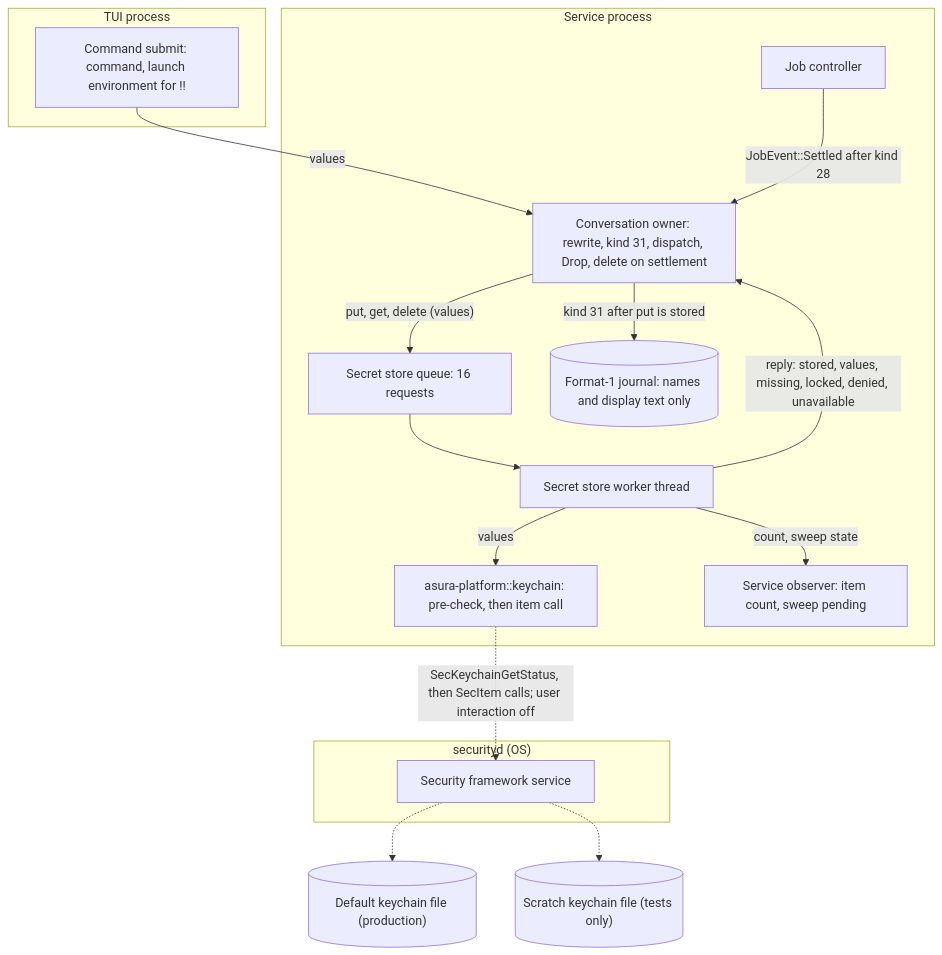
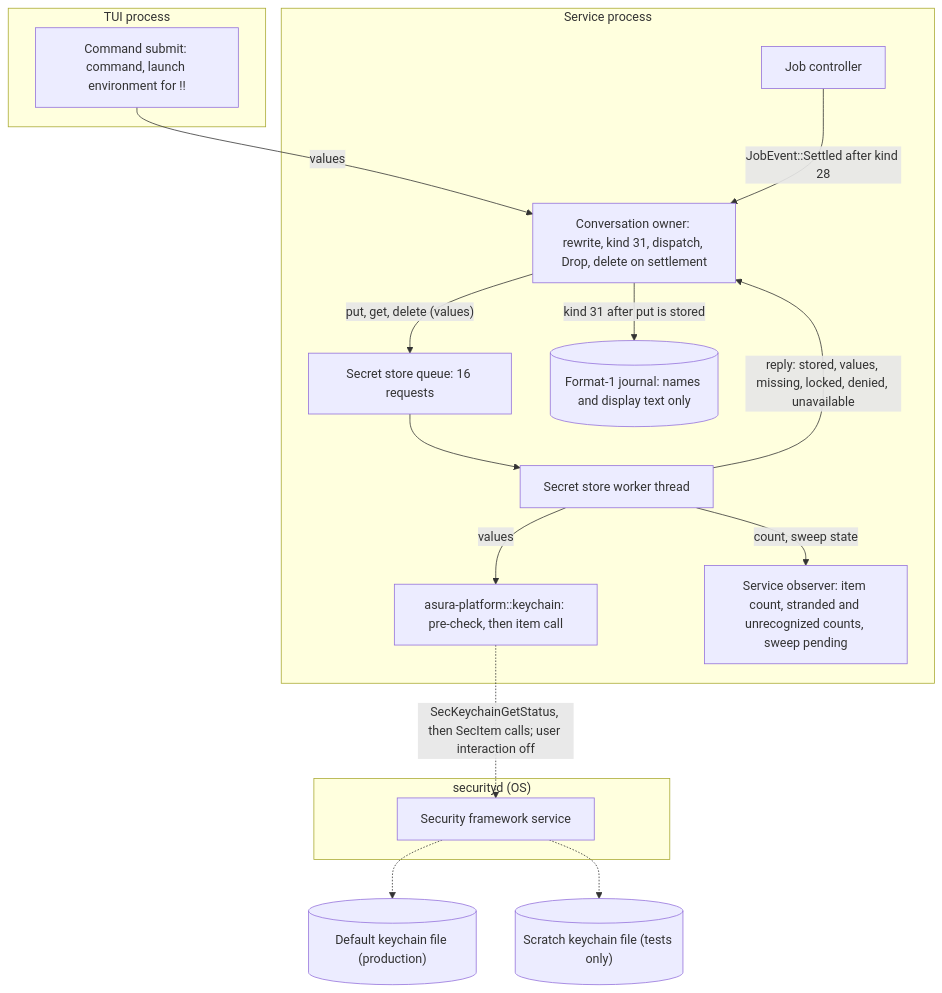
Before and after one commit to pidster/asura: the first of 4 diagrams in docs/designs/secret-store.md, drawn with Mermaid. The commit also changed other lines of this file and 3 other files, not shown here.

````diff
--- a/docs/designs/secret-store.md
+++ b/docs/designs/secret-store.md
@@ -136,31 +147,31 @@
 ```mermaid
 flowchart TB
     subgraph TUIP["TUI process"]
         Sub["Command submit: command, launch environment for !!"]
     end
     subgraph SVC["Service process"]
         Own["Conversation owner: rewrite, kind 31, dispatch, Drop, delete on settlement"]
         Ctl["Job controller"]
         Q["Secret store queue: 16 requests"]
         W["Secret store worker thread"]
         KC["asura-platform::keychain: pre-check, then item call"]
-        Obs["Service observer: item count, sweep pending"]
+        Obs["Service observer: item count, stranded and unrecognized counts, sweep pending"]
         J[("Format-1 journal: names and display text only")]
     end
     subgraph SD["securityd (OS)"]
         Sec["Security framework service"]
     end
     LK[("Default keychain file (production)")]
     SK[("Scratch keychain file (tests only)")]
     Sub -->|"values"| Own
     Own -->|"put, get, delete (values)"| Q
     Ctl -->|"JobEvent::Settled after kind 28"| Own
     Q --> W
     W -->|"values"| KC
     KC -.->|"SecKeychainGetStatus, then SecItem calls; user interaction off"| Sec
     Sec -.-> LK
     Sec -.-> SK
     W -->|"reply: stored, values, missing, locked, denied, unavailable"| Own
     W -->|"count, sweep state"| Obs
     Own -->|"kind 31 after put is stored"| J
 ```
````
